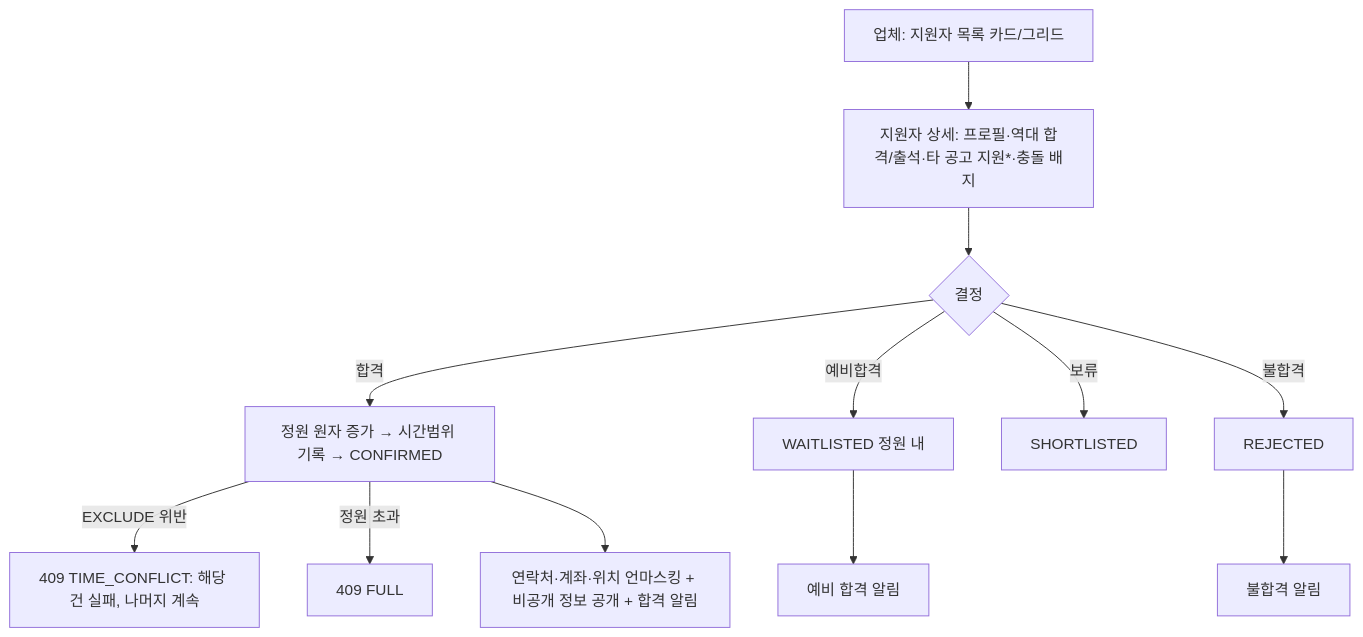
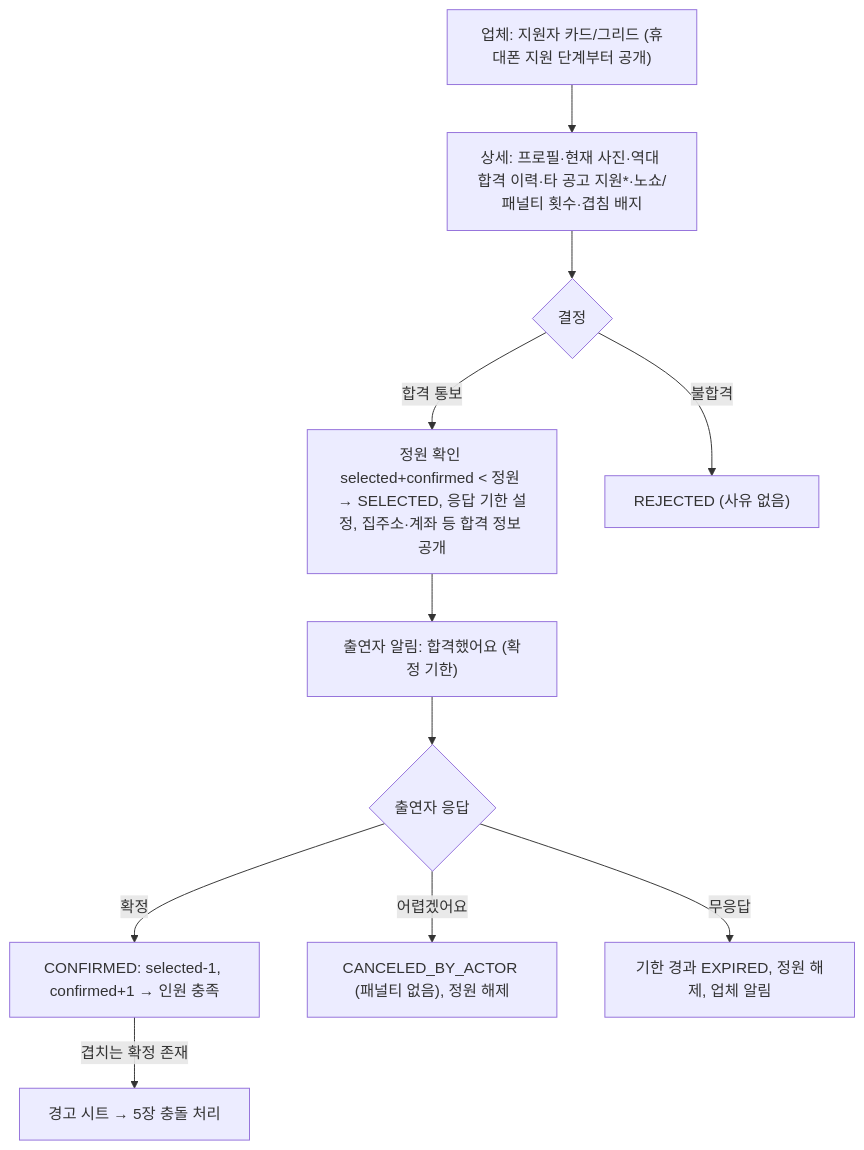
One commit to 7fsikMinQ/O changed the fourth of 12 diagrams in docs/02_프로세스정의서.md. Above: the diagram before and after it, drawn with Mermaid. The commit also changed other lines of this file and 38 other files, not shown here.

````diff
--- a/docs/02_프로세스정의서.md
+++ b/docs/02_프로세스정의서.md
@@ -79,14 +75,13 @@
 ```mermaid
 flowchart TD
-  A["업체: 지원자 목록 카드/그리드"] --> B["지원자 상세: 프로필·역대 합격/출석·타 공고 지원*·충돌 배지"]
-  B --> C{결정}
-  C -->|합격| D["정원 원자 증가 → 시간범위 기록 → CONFIRMED"]
-  C -->|예비합격| E[WAITLISTED 정원 내]
-  C -->|보류| F[SHORTLISTED]
-  C -->|불합격| G[REJECTED]
-  D -->|EXCLUDE 위반| X[409 TIME_CONFLICT: 해당 건 실패, 나머지 계속]
-  D -->|정원 초과| Y[409 FULL]
-  D --> H["연락처·계좌·위치 언마스킹 + 비공개 정보 공개 + 합격 알림"]
-  E --> I[예비 합격 알림]
-  G --> J[불합격 알림]
+  A["업체: 지원자 카드/그리드 (휴대폰 지원 단계부터 공개)"] --> B["상세: 프로필·현재 사진·역대 합격 이력·타 공고 지원*·노쇼/패널티 횟수·겹침 배지"]
+  B --> C{"결정"}
+  C -->|합격 통보| D["정원 확인 selected+confirmed < 정원 → SELECTED, 응답 기한 설정, 집주소·계좌 등 합격 정보 공개"]
+  C -->|불합격| E["REJECTED (사유 없음)"]
+  D --> F["출연자 알림: 합격했어요 (확정 기한)"]
+  F --> G{"출연자 응답"}
+  G -->|확정| H["CONFIRMED: selected-1, confirmed+1 → 인원 충족"]
+  G -->|어렵겠어요| I["CANCELED_BY_ACTOR (패널티 없음), 정원 해제"]
+  G -->|무응답| J["기한 경과 EXPIRED, 정원 해제, 업체 알림"]
+  H -->|겹치는 확정 존재| K["경고 시트 → 5장 충돌 처리"]
 ```
````
